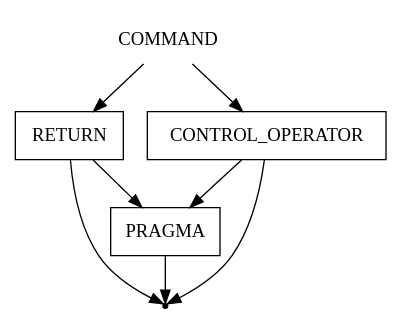
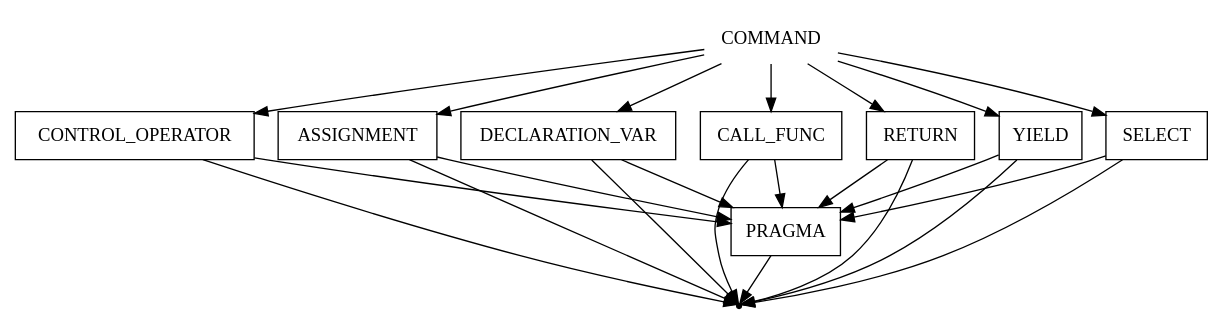
Before and after one commit to ayu-f/DSL_Pseudocode: the diagram in pseudocode/command.gv, drawn with Graphviz.

Commit message:
add command

```diff
--- a/pseudocode/command.gv
+++ b/pseudocode/command.gv
@@ -1,14 +1,37 @@
 digraph COMMAND {
     start [label=COMMAND shape=plaintext]
+    control_operator [label=CONTROL_OPERATOR shape=box]
+    assignment [label=ASSIGNMENT shape=box]
+    declaration_var [label=DECLARATION_VAR shape=box]
+    call_func [label=CALL_FUNC shape=box]
     return [label=RETURN shape=box]
-    control_operator [label=CONTROL_OPERATOR shape=box]
+    yield [label=YIELD shape=box]
+    select [label=SELECT shape=box]
     pragma [label=PRAGMA shape=box]
     end [label="" shape=point]
+
     start -> return
     start -> control_operator
+    start -> assignment
+    start -> declaration_var
+    start -> call_func
+    start -> yield
+    start -> select
+
     return -> pragma
+    assignment -> pragma
+    declaration_var -> pragma
+    call_func -> pragma
+    yield -> pragma
+    select -> pragma
     control_operator -> pragma
+
+    assignment -> end
+    declaration_var -> end
+    call_func -> end
+    yield -> end
+    select -> end
     control_operator -> end
     return -> end
     pragma -> end
 }
```
